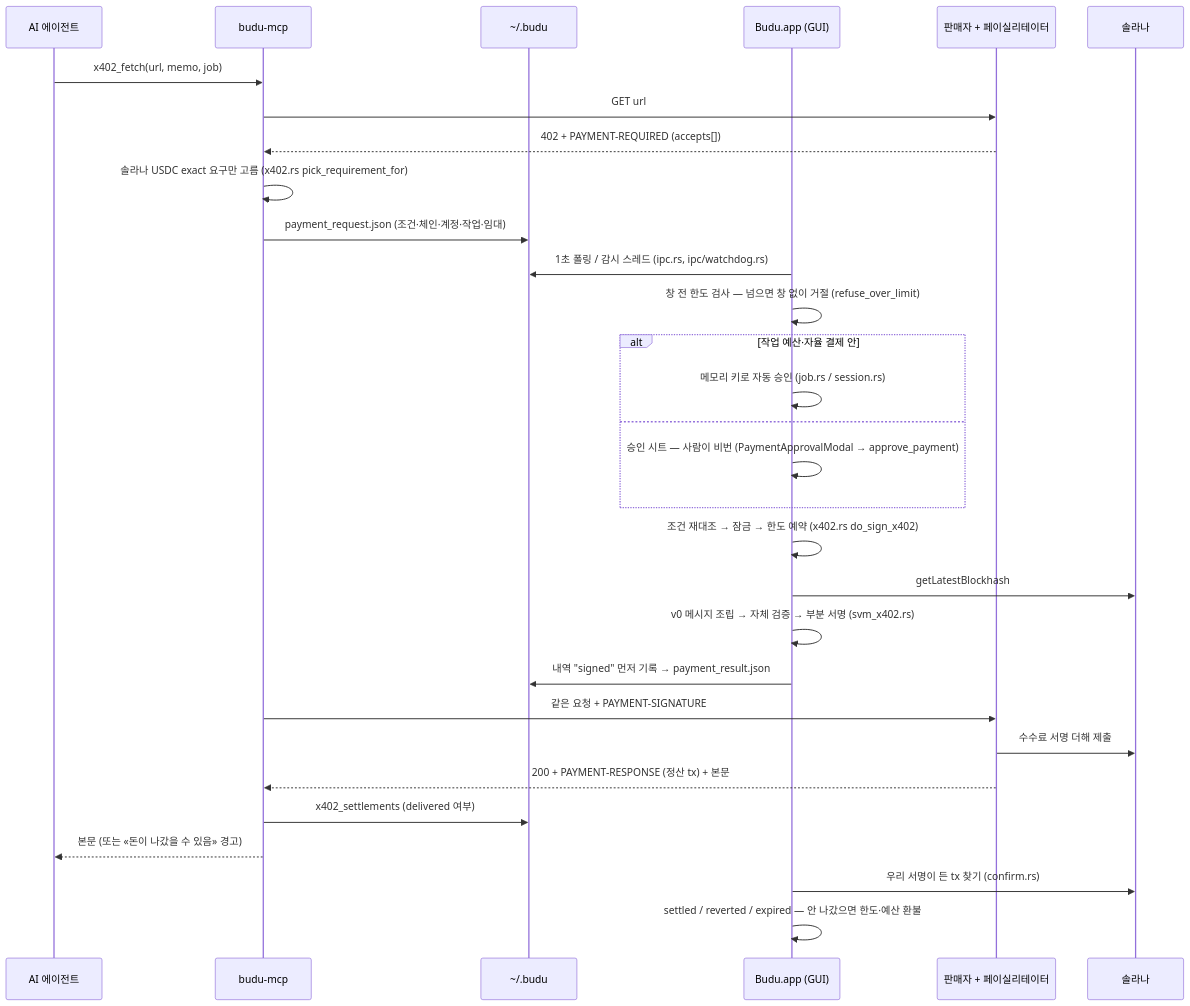
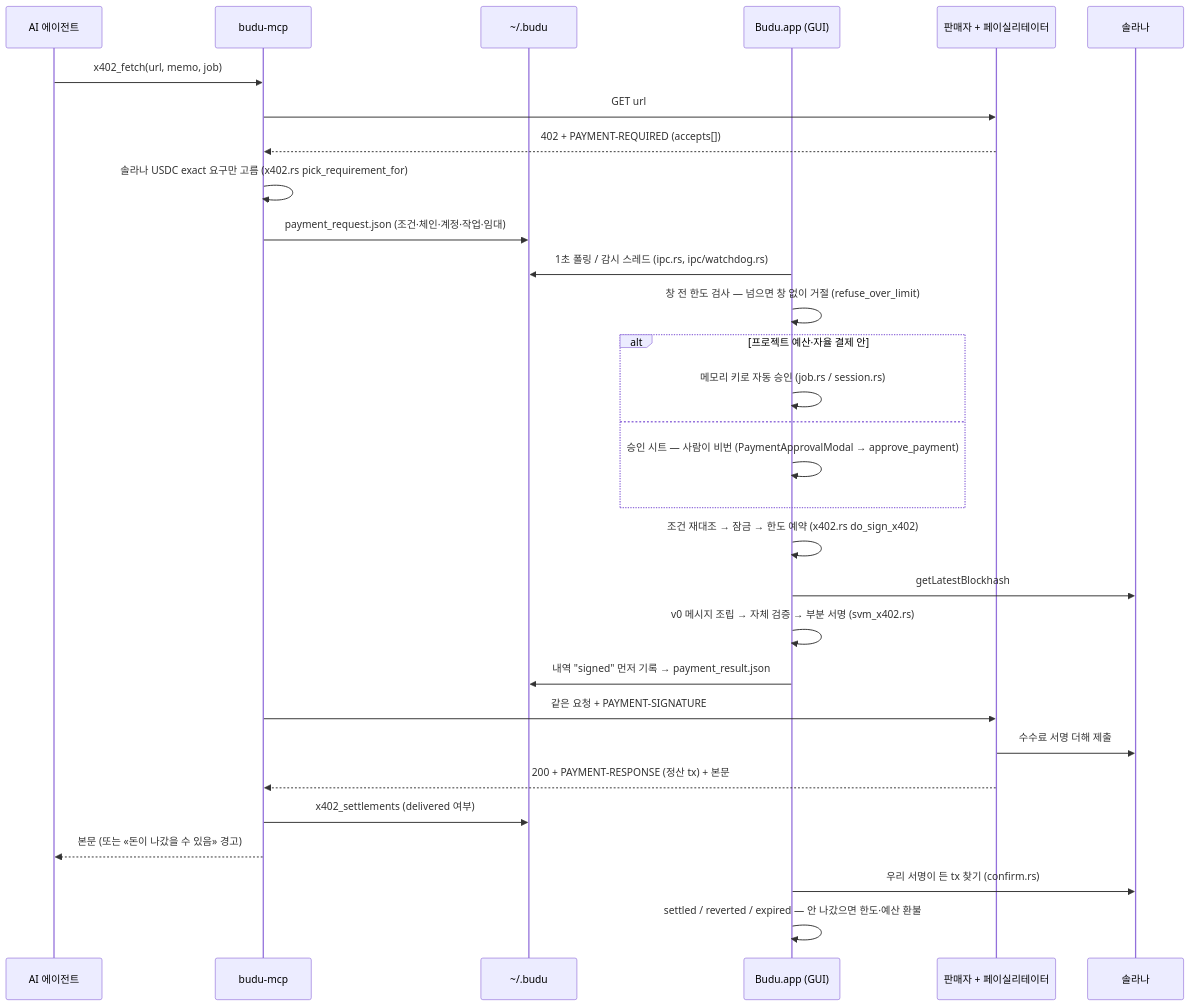
One commit to dinggi5/budu changed the diagram in docs/ARCHITECTURE.md. Above: the diagram before and after it, drawn with Mermaid. The commit also changed other lines of this file and 29 other files, not shown here.

````diff
--- a/docs/ARCHITECTURE.md
+++ b/docs/ARCHITECTURE.md
@@ -47,33 +47,33 @@
 ```mermaid
 sequenceDiagram
     participant A as AI 에이전트
     participant M as budu-mcp
     participant F as ~/.budu
     participant G as Budu.app (GUI)
     participant S as 판매자 + 페이실리테이터
     participant C as 솔라나
 
     A->>M: x402_fetch(url, memo, job)
     M->>S: GET url
     S-->>M: 402 + PAYMENT-REQUIRED (accepts[])
     M->>M: 솔라나 USDC exact 요구만 고름 (x402.rs pick_requirement_for)
     M->>F: payment_request.json (조건·체인·계정·작업·임대)
     G->>F: 1초 폴링 / 감시 스레드 (ipc.rs, ipc/watchdog.rs)
     G->>G: 창 전 한도 검사 — 넘으면 창 없이 거절 (refuse_over_limit)
-    alt 작업 예산·자율 결제 안
+    alt 프로젝트 예산·자율 결제 안
         G->>G: 메모리 키로 자동 승인 (job.rs / session.rs)
     else
         G->>G: 승인 시트 — 사람이 비번 (PaymentApprovalModal → approve_payment)
     end
     G->>G: 조건 재대조 → 잠금 → 한도 예약 (x402.rs do_sign_x402)
     G->>C: getLatestBlockhash
     G->>G: v0 메시지 조립 → 자체 검증 → 부분 서명 (svm_x402.rs)
     G->>F: 내역 "signed" 먼저 기록 → payment_result.json
     M->>S: 같은 요청 + PAYMENT-SIGNATURE
     S->>C: 수수료 서명 더해 제출
     S-->>M: 200 + PAYMENT-RESPONSE (정산 tx) + 본문
     M->>F: x402_settlements (delivered 여부)
     M-->>A: 본문 (또는 «돈이 나갔을 수 있음» 경고)
     G->>C: 우리 서명이 든 tx 찾기 (confirm.rs)
     G->>G: settled / reverted / expired — 안 나갔으면 한도·예산 환불
 ```
````
